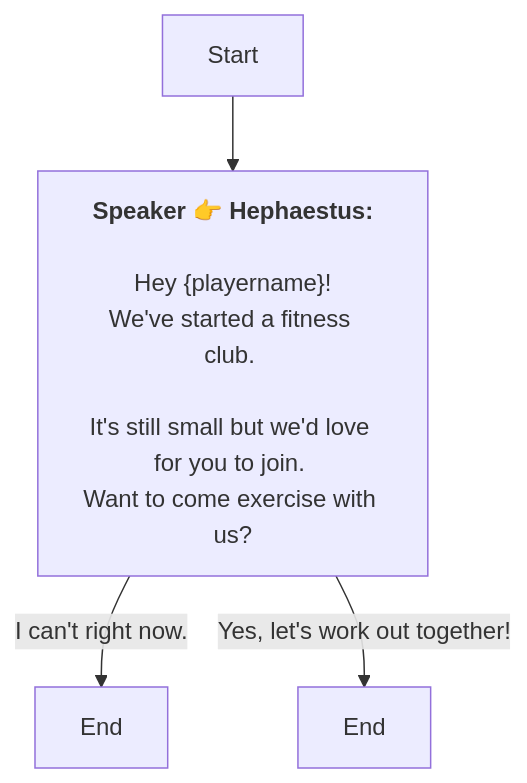
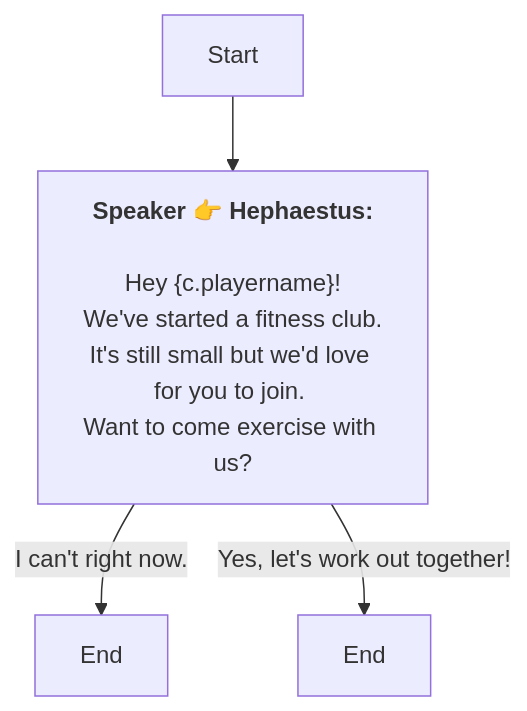
One commit to SoftHu/tos_avg changed the diagram in En/QuestTalkObjectiveNode_1751363785150787.md. Above: the diagram before and after it, drawn with Mermaid. The commit also changed 410 other files, not shown here.

````diff
--- a/En/QuestTalkObjectiveNode_1751363785150787.md
+++ b/En/QuestTalkObjectiveNode_1751363785150787.md
@@ -1,12 +1,10 @@
 ```mermaid
 graph
 Start -->1772589905615049[<b>Speaker 👉 Hephaestus:</b>
-\nHey &lbrace;playername&rbrace;!
-We've started a fitness club. 
-\nIt's still small but we'd love for you to join. 
-Want to come exercise with us? 
-]
-1772589905615049 -->|I can't right now.  |1772589905615054[End]
-1772589905615049 -->|Yes, let's work out together! |1772589905615053[End]
+\nHey &lbrace;c.playername&rbrace;!
+We've started a fitness club.\nIt's still small but we'd love for you to join. 
+Want to come exercise with us?]
+1772589905615049 -->|I can't right now.|1772589905615054[End]
+1772589905615049 -->|Yes, let's work out together!|1772589905615053[End]
 
 ```
````
